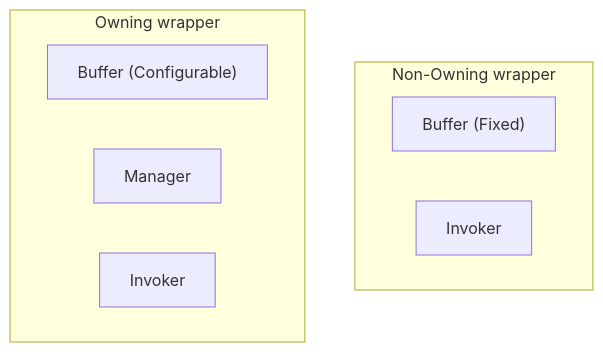
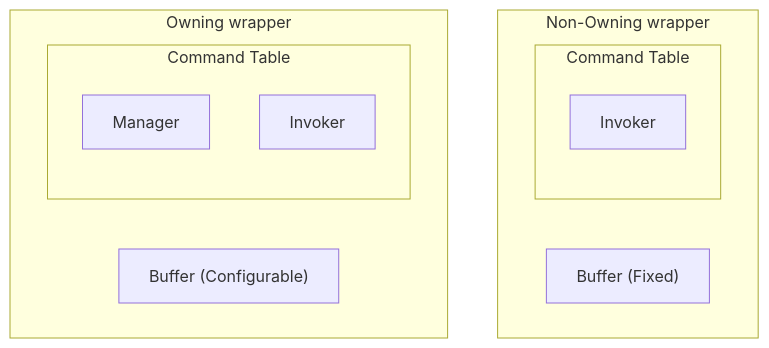
The diagram in README.md (Kim-J-Smith/Embedded-Function), drawn with Mermaid before and after one commit. The commit also changed other lines of this file, not shown here.

````diff
--- a/README.md
+++ b/README.md
@@ -173,13 +183,17 @@
 ```mermaid
 graph TB;
   subgraph "Non-Owning wrapper"
     B2["Buffer (Fixed)"]
-    I2["Invoker"]
+    subgraph CT1["Command Table"]
+      I2["Invoker"]
+    end
   end
 
   subgraph "Owning wrapper"
     B1["Buffer (Configurable)"]
-    M1["Manager"]
-    I1["Invoker"]
+    subgraph CT2["Command Table"]
+      M1["Manager"]
+      I1["Invoker"]
+    end
   end
 ```
````
